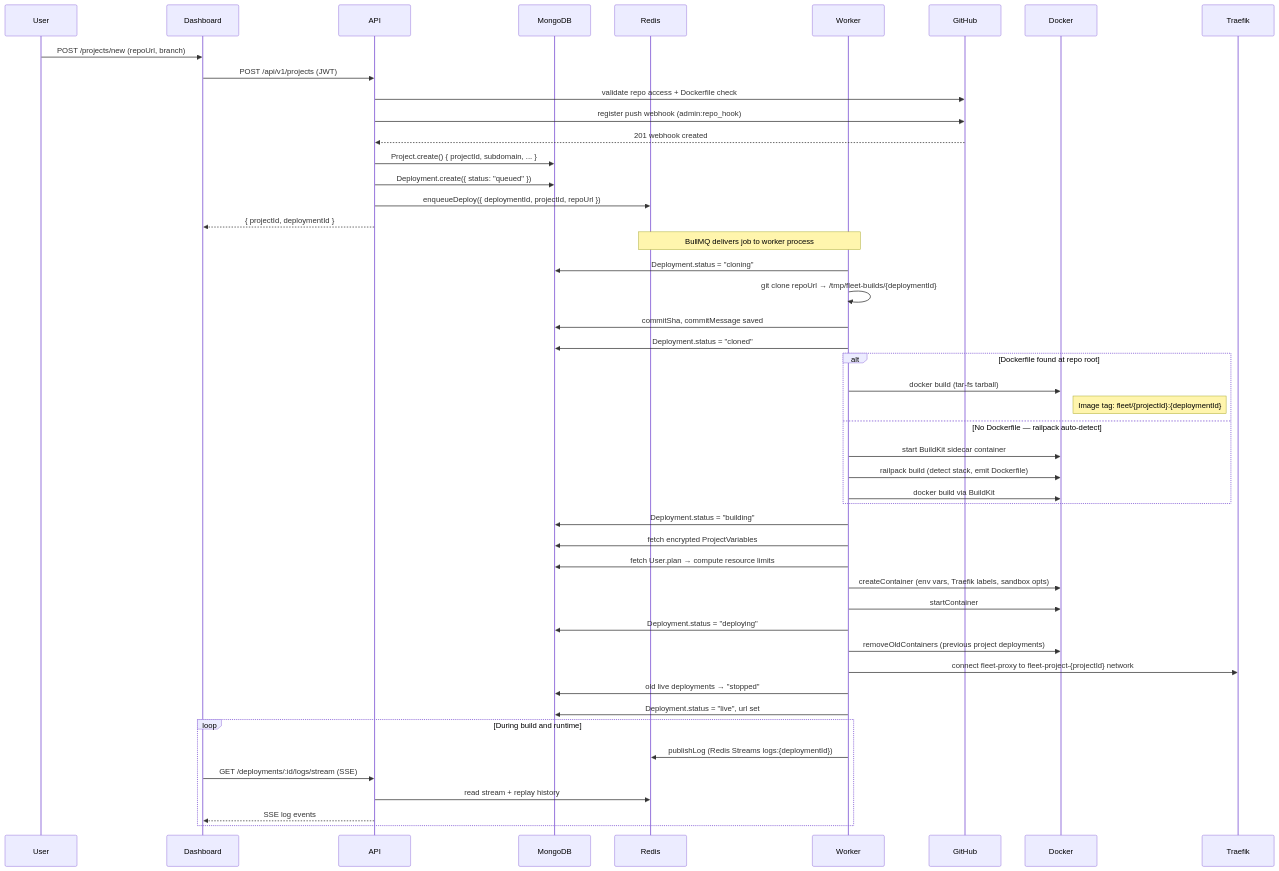
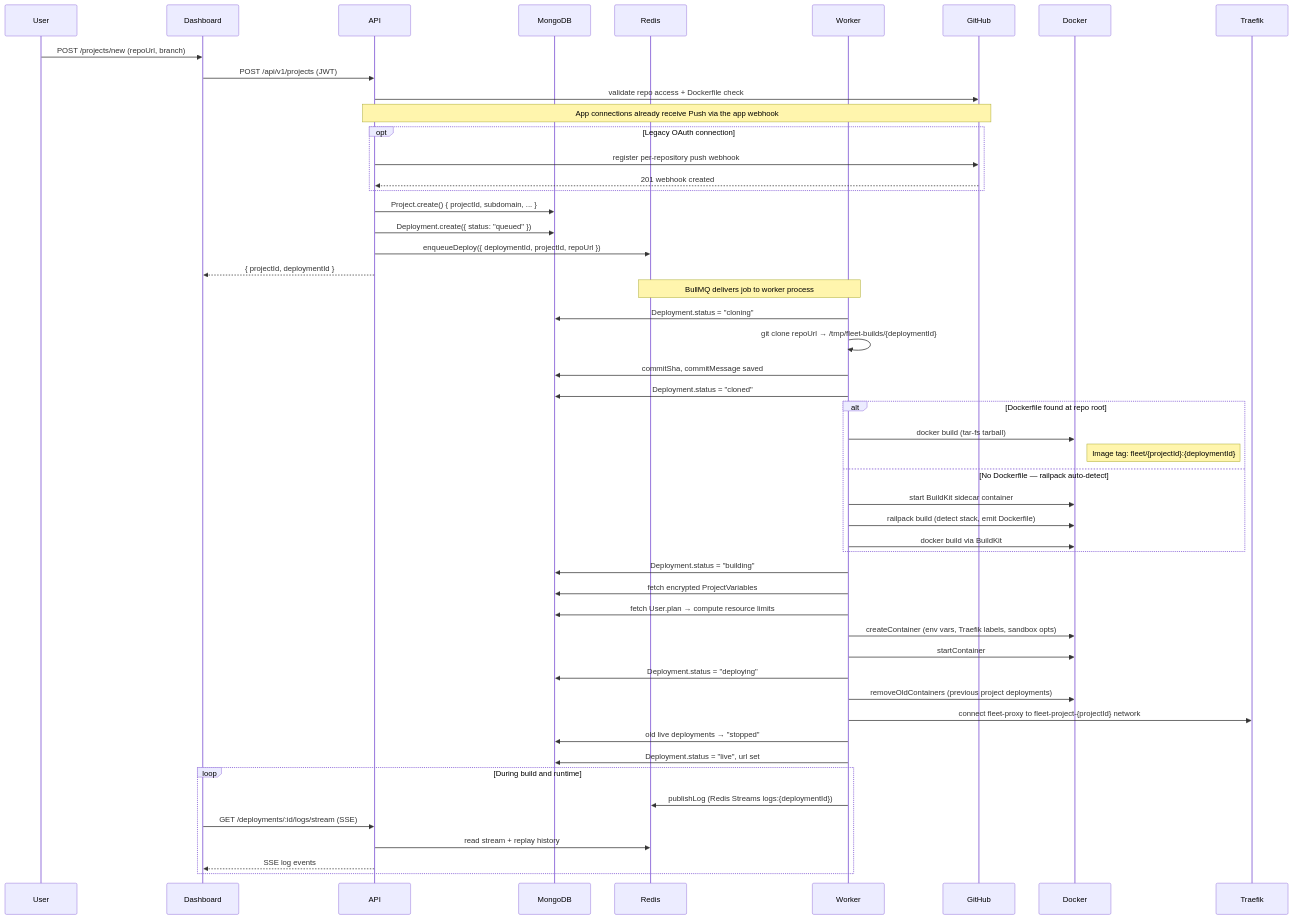
Before and after one commit to mondeep31/fleet: the sixth of 7 diagrams in docs/architecture.md, drawn with Mermaid. The commit also changed other lines of this file and 42 other files, not shown here.

````diff
--- a/docs/architecture.md
+++ b/docs/architecture.md
@@ -345,57 +352,60 @@
 ```mermaid
 sequenceDiagram
     participant User
     participant Dashboard
     participant API
     participant MongoDB
     participant Redis
     participant Worker
     participant GitHub
     participant Docker
     participant Traefik
 
     User->>Dashboard: POST /projects/new (repoUrl, branch)
     Dashboard->>API: POST /api/v1/projects (JWT)
     API->>GitHub: validate repo access + Dockerfile check
-    API->>GitHub: register push webhook (admin:repo_hook)
-    GitHub-->>API: 201 webhook created
+    Note over API,GitHub: App connections already receive Push via the app webhook
+    opt Legacy OAuth connection
+        API->>GitHub: register per-repository push webhook
+        GitHub-->>API: 201 webhook created
+    end
     API->>MongoDB: Project.create() { projectId, subdomain, ... }
     API->>MongoDB: Deployment.create({ status: "queued" })
     API->>Redis: enqueueDeploy({ deploymentId, projectId, repoUrl })
     API-->>Dashboard: { projectId, deploymentId }
 
     Note over Redis,Worker: BullMQ delivers job to worker process
 
     Worker->>MongoDB: Deployment.status = "cloning"
     Worker->>Worker: git clone repoUrl → /tmp/fleet-builds/{deploymentId}
     Worker->>MongoDB: commitSha, commitMessage saved
     Worker->>MongoDB: Deployment.status = "cloned"
 
     alt Dockerfile found at repo root
         Worker->>Docker: docker build (tar-fs tarball)
         Note right of Docker: Image tag: fleet/{projectId}:{deploymentId}
     else No Dockerfile — railpack auto-detect
         Worker->>Docker: start BuildKit sidecar container
         Worker->>Docker: railpack build (detect stack, emit Dockerfile)
         Worker->>Docker: docker build via BuildKit
     end
 
     Worker->>MongoDB: Deployment.status = "building"
     Worker->>MongoDB: fetch encrypted ProjectVariables
     Worker->>MongoDB: fetch User.plan → compute resource limits
     Worker->>Docker: createContainer (env vars, Traefik labels, sandbox opts)
     Worker->>Docker: startContainer
     Worker->>MongoDB: Deployment.status = "deploying"
 
     Worker->>Docker: removeOldContainers (previous project deployments)
     Worker->>Traefik: connect fleet-proxy to fleet-project-{projectId} network
     Worker->>MongoDB: old live deployments → "stopped"
     Worker->>MongoDB: Deployment.status = "live", url set
 
     loop During build and runtime
         Worker->>Redis: publishLog (Redis Streams logs:{deploymentId})
         Dashboard->>API: GET /deployments/:id/logs/stream (SSE)
         API->>Redis: read stream + replay history
         API-->>Dashboard: SSE log events
     end
 ```
````
